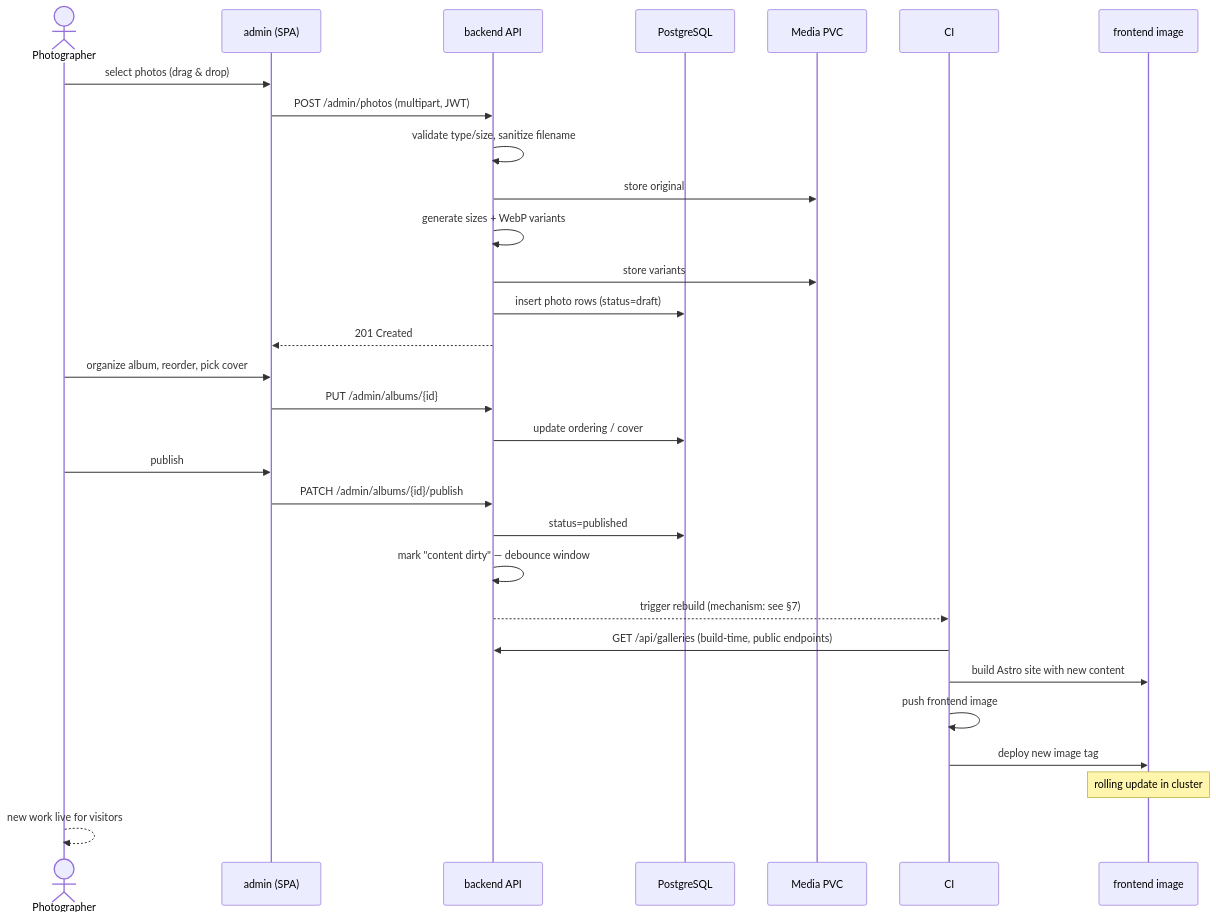
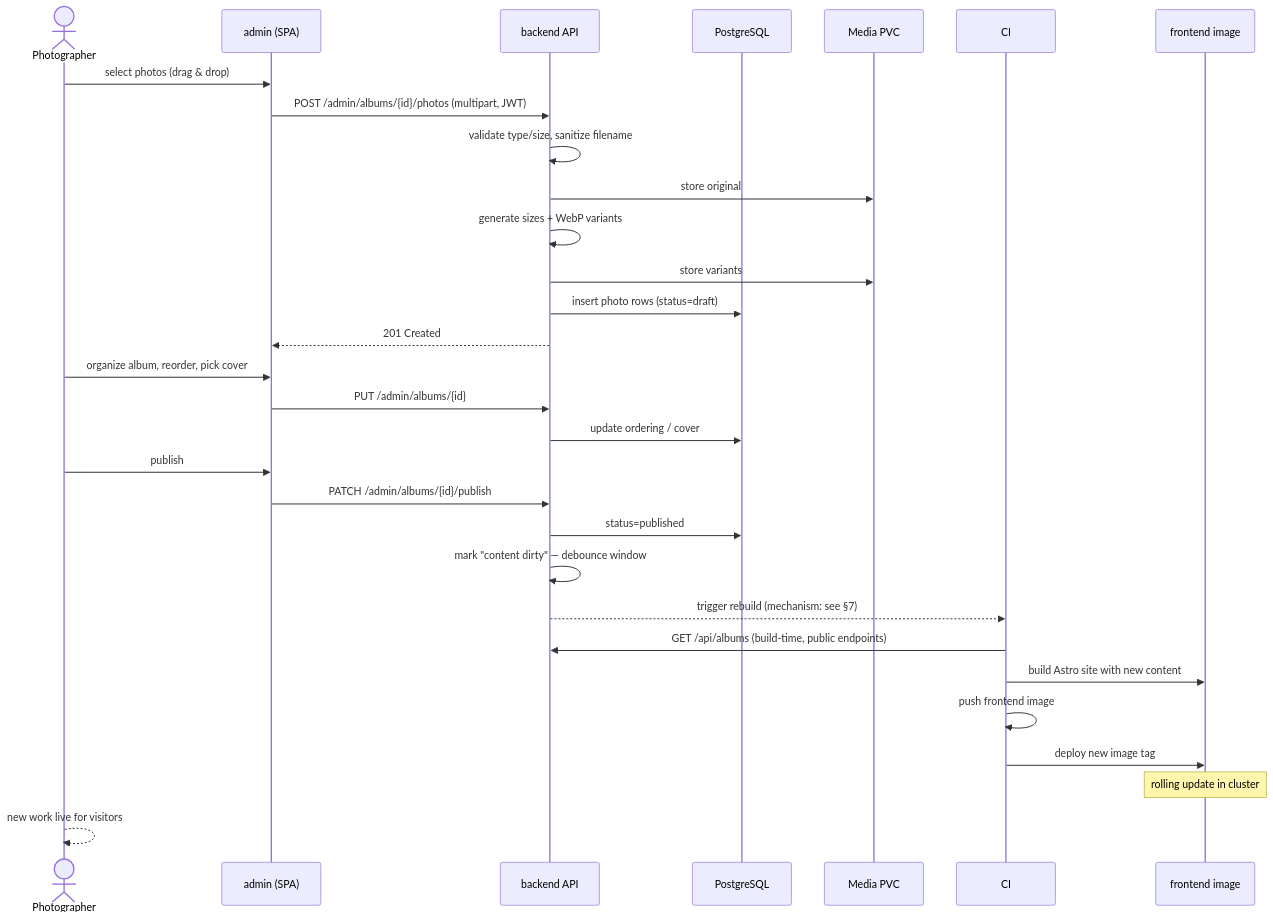
Before and after one commit to toledobrendo/btagila-portfolio: the third of 5 diagrams in ARCHITECTURE.md, drawn with Mermaid. The commit also changed other lines of this file and 3 other files, not shown here.

First line of the commit message:
Add OpenAPI contract for public and admin APIs (Phase 1.5)

````diff
--- a/ARCHITECTURE.md
+++ b/ARCHITECTURE.md
@@ -105,37 +105,37 @@
 ```mermaid
 sequenceDiagram
     actor Ph as Photographer
     participant Admin as admin (SPA)
     participant API as backend API
     participant DB as PostgreSQL
     participant Vol as Media PVC
     participant CI as CI
     participant FE as frontend image
 
     Ph->>Admin: select photos (drag & drop)
-    Admin->>API: POST /admin/photos (multipart, JWT)
+    Admin->>API: POST /admin/albums/{id}/photos (multipart, JWT)
     API->>API: validate type/size, sanitize filename
     API->>Vol: store original
     API->>API: generate sizes + WebP variants
     API->>Vol: store variants
     API->>DB: insert photo rows (status=draft)
     API-->>Admin: 201 Created
 
     Ph->>Admin: organize album, reorder, pick cover
     Admin->>API: PUT /admin/albums/{id}
     API->>DB: update ordering / cover
 
     Ph->>Admin: publish
     Admin->>API: PATCH /admin/albums/{id}/publish
     API->>DB: status=published
     API->>API: mark "content dirty" — debounce window
     API-->>CI: trigger rebuild (mechanism: see §7)
 
-    CI->>API: GET /api/galleries (build-time, public endpoints)
+    CI->>API: GET /api/albums (build-time, public endpoints)
     CI->>FE: build Astro site with new content
     CI->>CI: push frontend image
     CI->>FE: deploy new image tag
     Note over FE: rolling update in cluster
 
     Ph-->>Ph: new work live for visitors
 ```
````
